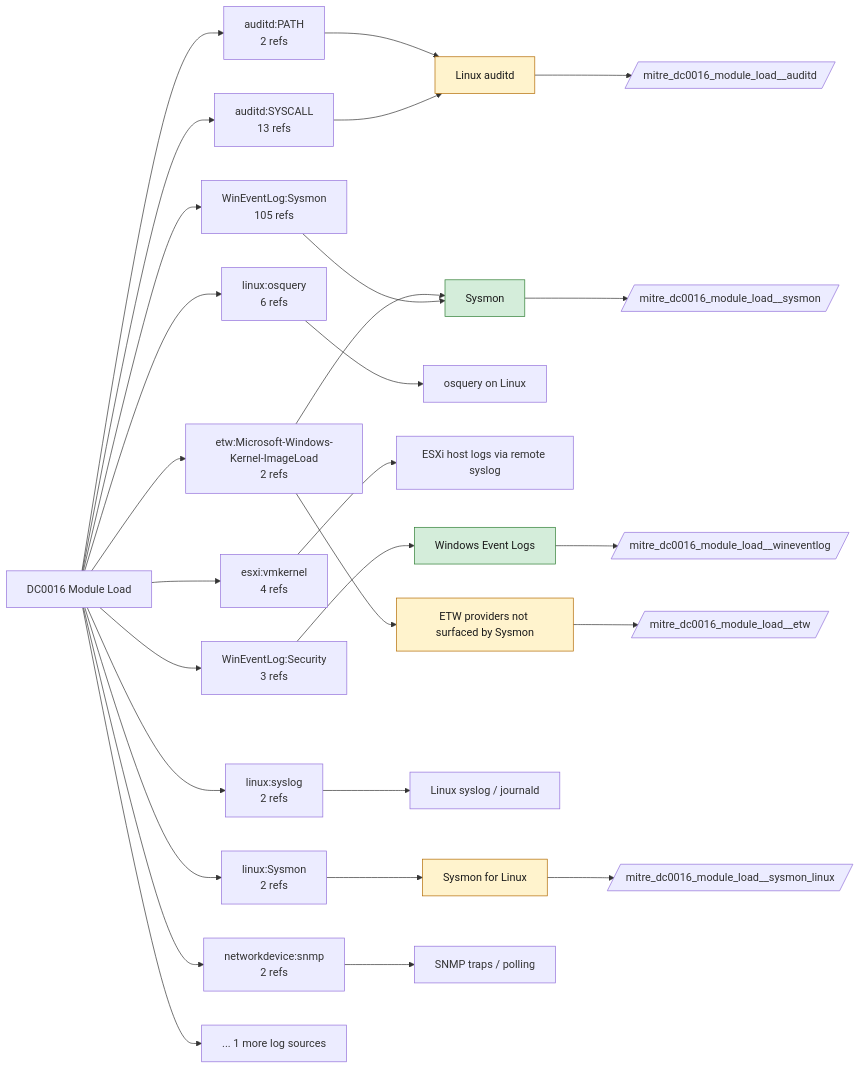
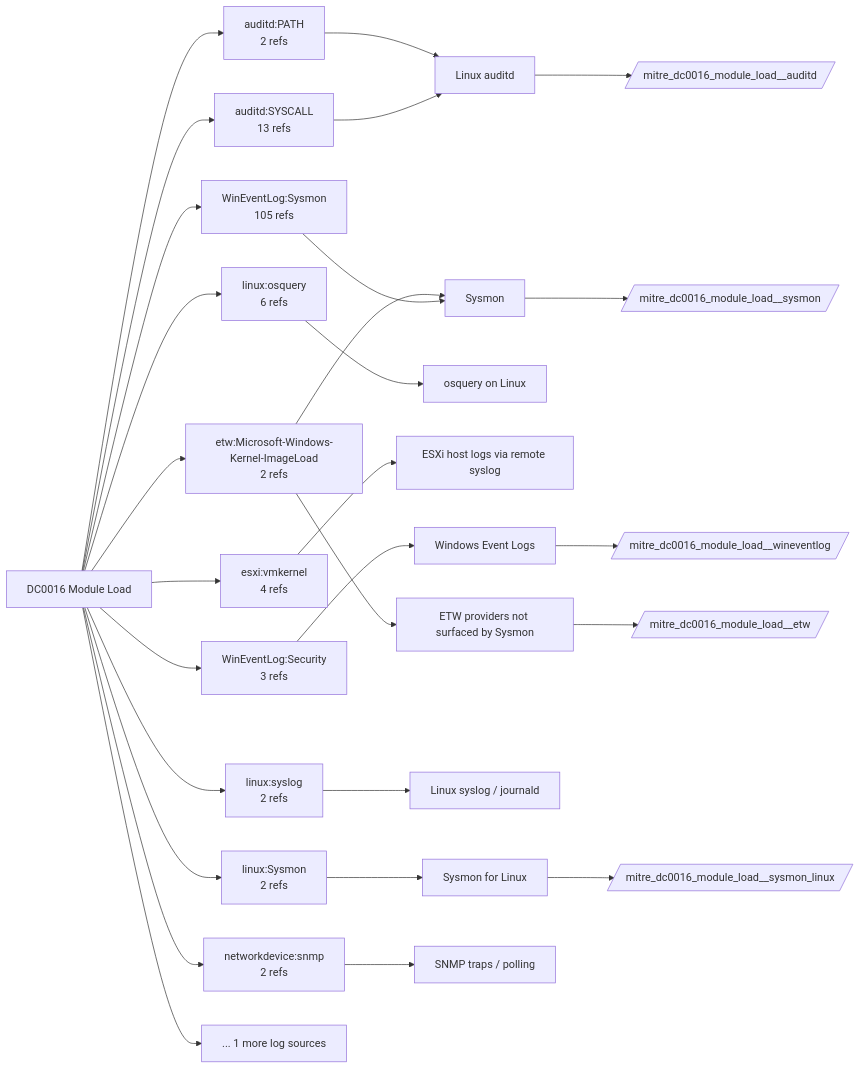
One commit to dev-nobytes-io/mitre-defensive-mappings-spl changed the diagram in docs/data-components/DC0016-module-load.md. Above: the diagram before and after it, drawn with Mermaid. The commit also changed other lines of this file and 366 other files, not shown here.

````diff
--- a/docs/data-components/DC0016-module-load.md
+++ b/docs/data-components/DC0016-module-load.md
@@ -19,47 +19,40 @@
 ```mermaid
 flowchart LR
   DC["DC0016 Module Load"]
   DC --> LS0["WinEventLog:Sysmon<br/>105 refs"]
   F_sysmon["Sysmon"]
   LS0 --> F_sysmon
   DC --> LS1["auditd:SYSCALL<br/>13 refs"]
   F_auditd["Linux auditd"]
   LS1 --> F_auditd
   DC --> LS2["linux:osquery<br/>6 refs"]
   F_linux_osquery["osquery on Linux"]
   LS2 --> F_linux_osquery
   DC --> LS3["esxi:vmkernel<br/>4 refs"]
   F_esxi_syslog["ESXi host logs via remote syslog"]
   LS3 --> F_esxi_syslog
   DC --> LS4["WinEventLog:Security<br/>3 refs"]
   F_wineventlog["Windows Event Logs"]
   LS4 --> F_wineventlog
   DC --> LS5["auditd:PATH<br/>2 refs"]
   LS5 --> F_auditd
   DC --> LS6["etw:Microsoft-Windows-Kernel-ImageLoad<br/>2 refs"]
   F_etw["ETW providers not surfaced by Sysmon"]
   LS6 --> F_etw
   LS6 --> F_sysmon
   DC --> LS7["linux:syslog<br/>2 refs"]
   F_linux_syslog["Linux syslog / journald"]
   LS7 --> F_linux_syslog
   DC --> LS8["linux:Sysmon<br/>2 refs"]
   F_sysmon_linux["Sysmon for Linux"]
   LS8 --> F_sysmon_linux
   DC --> LS9["networkdevice:snmp<br/>2 refs"]
   F_snmp["SNMP traps / polling"]
   LS9 --> F_snmp
   DC --> MORE["... 1 more log sources"]
+  F_auditd --> ET_auditd[/"mitre_dc0016_module_load__auditd"/]
+  F_etw --> ET_etw[/"mitre_dc0016_module_load__etw"/]
   F_sysmon --> ET_sysmon[/"mitre_dc0016_module_load__sysmon"/]
-  class F_sysmon live
+  F_sysmon_linux --> ET_sysmon_linux[/"mitre_dc0016_module_load__sysmon_linux"/]
   F_wineventlog --> ET_wineventlog[/"mitre_dc0016_module_load__wineventlog"/]
-  class F_wineventlog live
-  F_auditd --> ET_auditd[/"mitre_dc0016_module_load__auditd"/]
-  class F_auditd ready
-  F_etw --> ET_etw[/"mitre_dc0016_module_load__etw"/]
-  class F_etw ready
-  F_sysmon_linux --> ET_sysmon_linux[/"mitre_dc0016_module_load__sysmon_linux"/]
-  class F_sysmon_linux ready
-  classDef live fill:#d4edda,stroke:#2e7d32,color:#1b1b1b
-  classDef ready fill:#fff3cd,stroke:#b26a00,color:#1b1b1b
 ```
````
